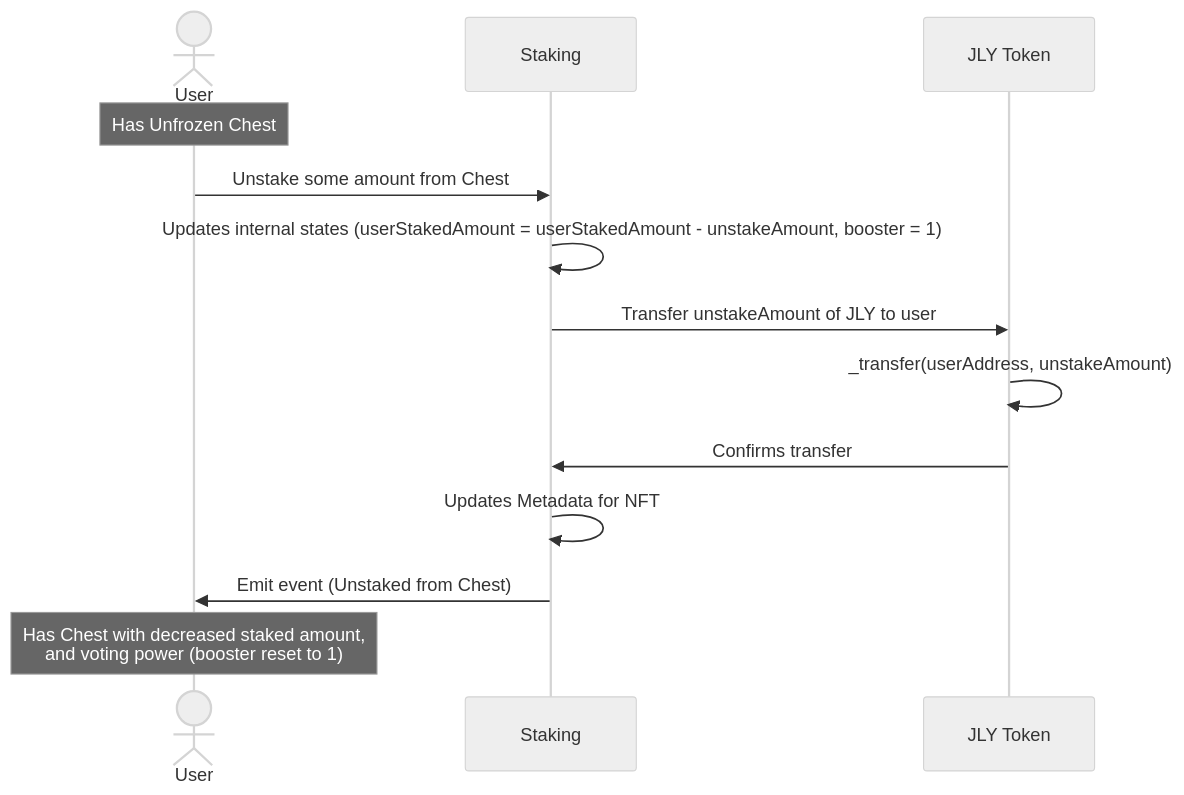
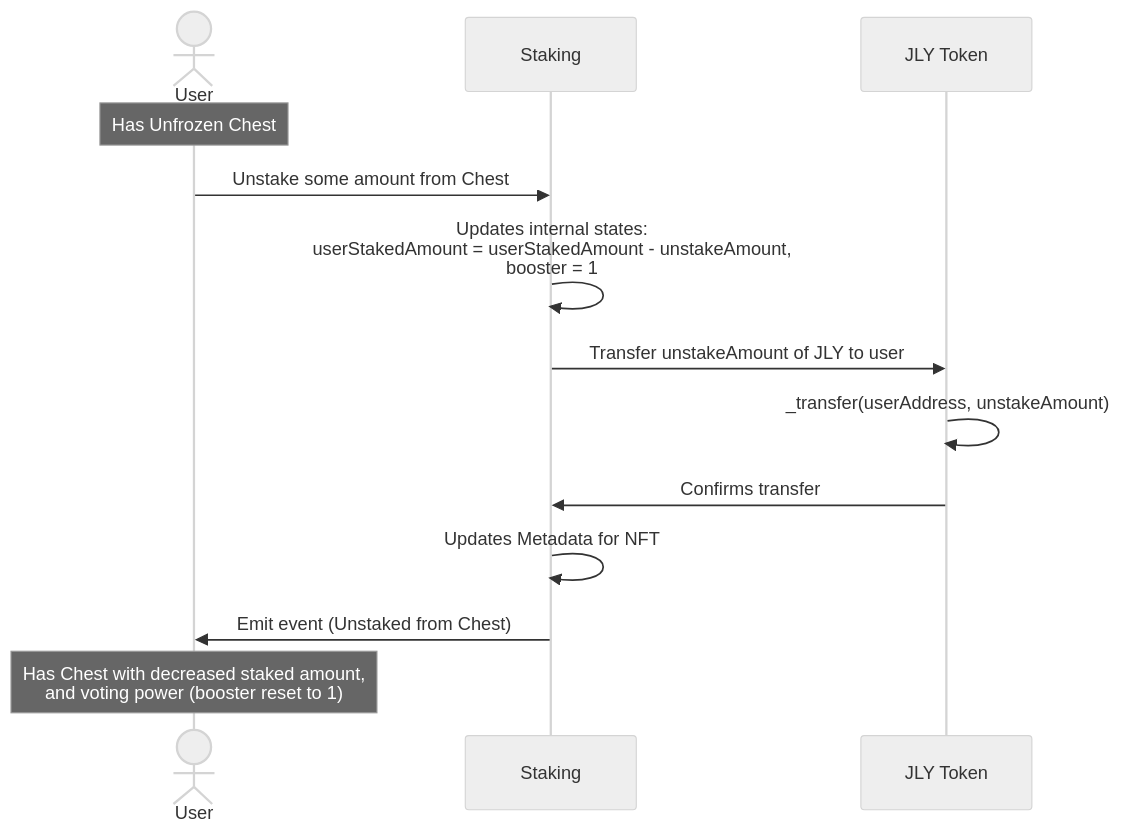
The sixth of 6 diagrams in docs/StakingUml.md (omahs/jelly-verse-contracts), drawn with Mermaid (neutral theme) before and after one commit. The commit also changed other lines of this file, not shown here.

````diff
--- a/docs/StakingUml.md
+++ b/docs/StakingUml.md
@@ -143,16 +143,16 @@
 ```mermaid
 sequenceDiagram
     actor A as User
     participant C as Staking
     participant B as JLY Token
     Note over A: Has Unfrozen Chest
     A->>C: Unstake some amount from Chest
-    C->>C: Updates internal states (userStakedAmount = userStakedAmount - unstakeAmount, booster = 1)
+    C->>C: Updates internal states:  <br/> userStakedAmount = userStakedAmount - unstakeAmount, <br/> booster = 1
     C->>B: Transfer unstakeAmount of JLY to user 
     B->>B: _transfer(userAddress, unstakeAmount)
     B->>C: Confirms transfer 
     C->>C: Updates Metadata for NFT
     C->>A: Emit event (Unstaked from Chest)
     Note over A: Has Chest with decreased staked amount, <br/>and voting power (booster reset to 1)
 
 ```
````
